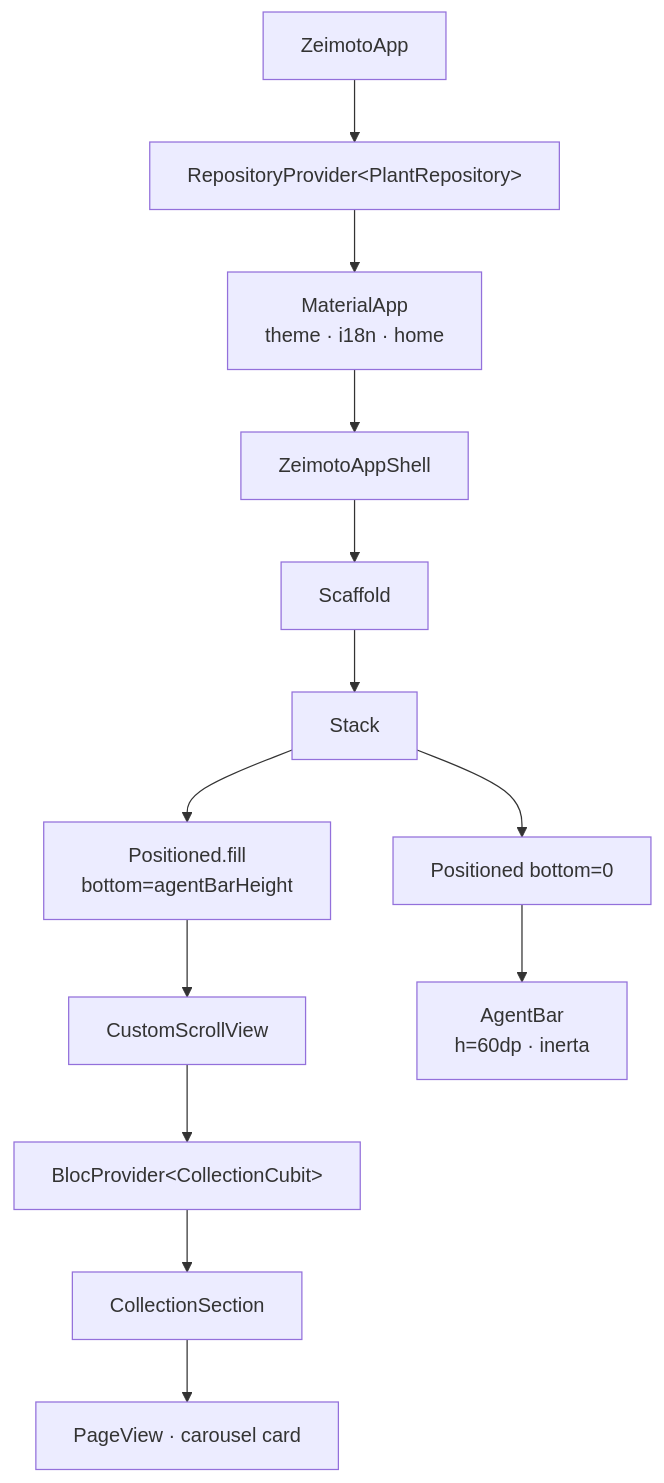
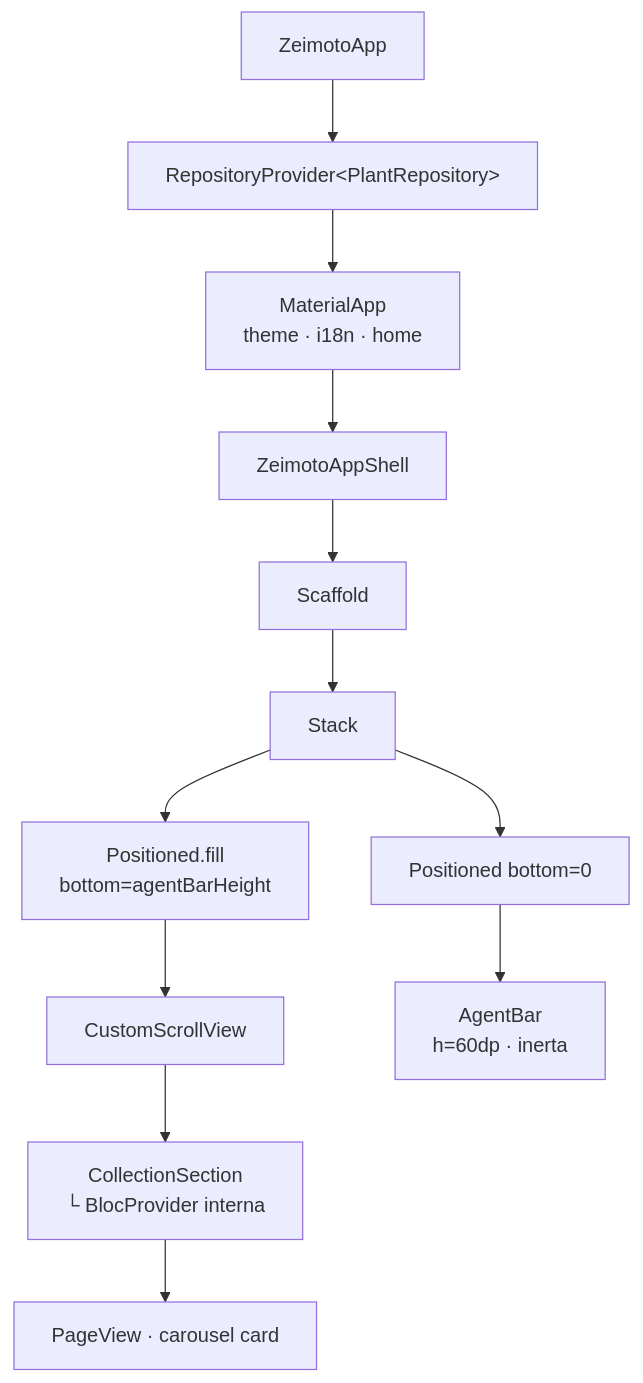
Before and after one commit to FedericoLaggiard/zeimoto: the diagram in docs/app_shell/feature_it.md, drawn with Mermaid. The commit also changed other lines of this file and 7 other files, not shown here.

````diff
--- a/docs/app_shell/feature_it.md
+++ b/docs/app_shell/feature_it.md
@@ -9,15 +9,14 @@
 ```mermaid
 graph TD
     ZeimotoApp --> RP[RepositoryProvider&lt;PlantRepository&gt;]
     RP --> MA[MaterialApp\ntheme · i18n · home]
     MA --> ZAS[ZeimotoAppShell]
     ZAS --> Scaffold
     Scaffold --> Stack
     Stack --> PF[Positioned.fill\nbottom=agentBarHeight]
     Stack --> PB[Positioned bottom=0]
     PF --> CSV[CustomScrollView]
-    CSV --> BP[BlocProvider&lt;CollectionCubit&gt;]
-    BP --> CS[CollectionSection]
+    CSV --> CS[CollectionSection\n└ BlocProvider interna]
     CS --> PV[PageView · carousel card]
     PB --> AB[AgentBar\nh=60dp · inerta]
 ```
````
